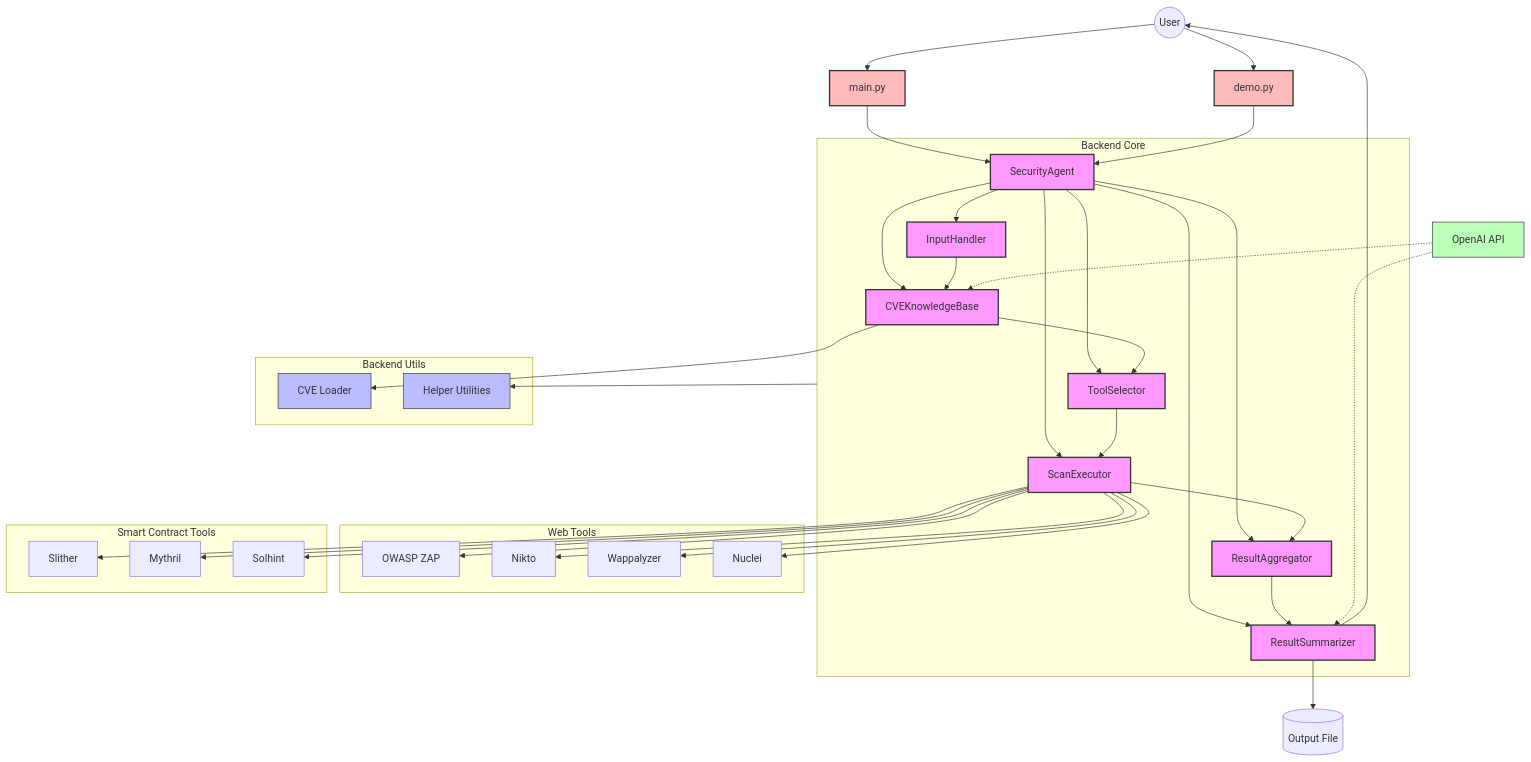
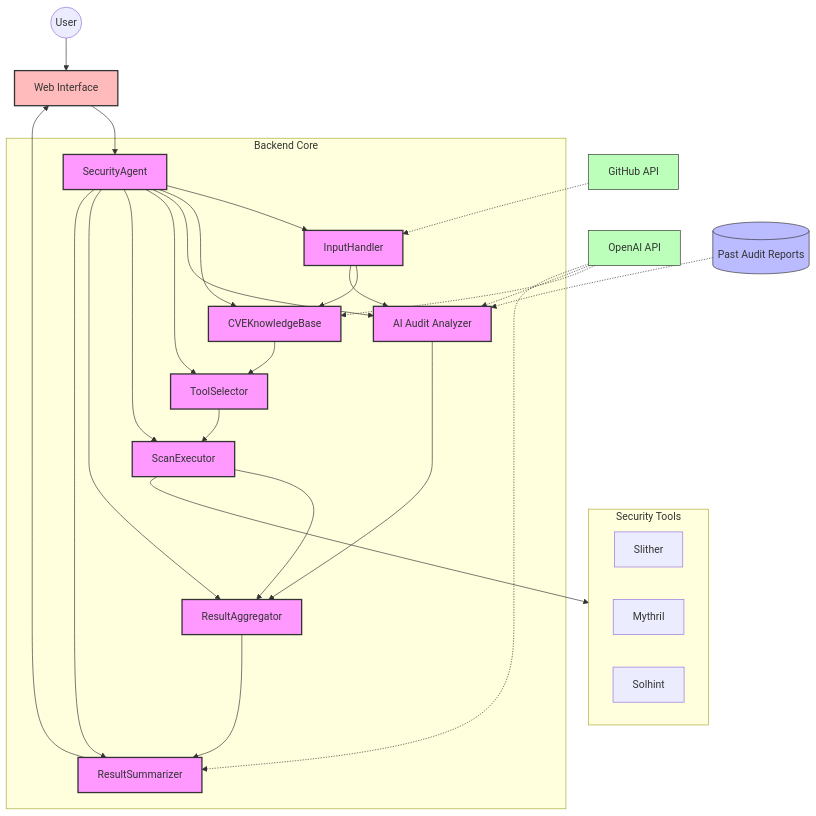
One commit to ronin207/sec-agent changed the diagram in README.md. Above: the diagram before and after it, drawn with Mermaid. The commit also changed other lines of this file, not shown here.

````diff
--- a/README.md
+++ b/README.md
@@ -45,18 +110,17 @@
 ```mermaid
 flowchart TD
     %% Entry Points
-    User((User)) --> Demo[demo.py]
-    User --> Main[main.py]
+    User((User)) --> WebInterface[Web Interface]
 
     %% Main Components
-    Main --> SecurityAgent
-    Demo --> SecurityAgent
+    WebInterface --> SecurityAgent
 
     %% Core modules
     subgraph BackendCore[Backend Core]
         SecurityAgent[SecurityAgent]
         InputHandler[InputHandler]
         CVEKnowledgeBase[CVEKnowledgeBase]
+        AIAuditAnalyzer[AI Audit Analyzer]
         ToolSelector[ToolSelector]
         ScanExecutor[ScanExecutor]
         ResultAggregator[ResultAggregator]
@@ -66,6 +130,7 @@
     %% Connections between core components
     SecurityAgent --> InputHandler
     SecurityAgent --> CVEKnowledgeBase
+    SecurityAgent --> AIAuditAnalyzer
     SecurityAgent --> ToolSelector
     SecurityAgent --> ScanExecutor
     SecurityAgent --> ResultAggregator
@@ -73,63 +138,44 @@
 
     %% Data flow
     InputHandler --> CVEKnowledgeBase
+    InputHandler --> AIAuditAnalyzer
     CVEKnowledgeBase --> ToolSelector
+    AIAuditAnalyzer --> ResultAggregator
     ToolSelector --> ScanExecutor
     ScanExecutor --> ResultAggregator
     ResultAggregator --> ResultSummarizer
 
-    %% Utilities
-    subgraph BackendUtils[Backend Utils]
-        CVELoader[CVE Loader]
-        Helpers[Helper Utilities]
-    end
-
     %% External Services
     OpenAI[OpenAI API]
+    GitHub[GitHub API]
+    AuditReports[(Past Audit Reports)]
+    
     OpenAI -.-> CVEKnowledgeBase
+    OpenAI -.-> AIAuditAnalyzer
     OpenAI -.-> ResultSummarizer
+    GitHub -.-> InputHandler
+    AuditReports -.-> AIAuditAnalyzer
 
-    %% Tool execution - simulated in demo
-    subgraph WebTools[Web Tools]
-        ZAP[OWASP ZAP]
-        Nikto[Nikto]
-        Wappalyzer[Wappalyzer]
-        Nuclei[Nuclei]
-    end
-
-    subgraph SmartContractTools[Smart Contract Tools]
+    %% Security Tools
+    subgraph SecurityTools[Security Tools]
         Slither[Slither]
         Mythril[Mythril]
         Solhint[Solhint]
     end
 
-    %% Connect executor to individual tools
-    ScanExecutor --> ZAP
-    ScanExecutor --> Nikto
-    ScanExecutor --> Wappalyzer
-    ScanExecutor --> Nuclei
-    ScanExecutor --> Slither
-    ScanExecutor --> Mythril
-    ScanExecutor --> Solhint
-
-    %% Connection to utilities
-    CVEKnowledgeBase --> CVELoader
-    BackendCore --> Helpers
+    ScanExecutor --> SecurityTools
 
     %% Result flow
-    ResultSummarizer --> User
-
-    %% Output formats
-    ResultSummarizer --> OutputFile[(Output File)]
+    ResultSummarizer --> WebInterface
 
     %% Styling
     classDef core fill:#f9f,stroke:#333,stroke-width:2px;
-    classDef utils fill:#bbf,stroke:#333,stroke-width:1px;
     classDef external fill:#bfb,stroke:#333,stroke-width:1px;
     classDef entry fill:#fbb,stroke:#333,stroke-width:2px;
+    classDef data fill:#bbf,stroke:#333,stroke-width:1px;
 
-    class SecurityAgent,InputHandler,CVEKnowledgeBase,ToolSelector,ScanExecutor,ResultAggregator,ResultSummarizer core;
-    class CVELoader,Helpers utils;
-    class OpenAI external;
-    class Demo,Main entry;
+    class SecurityAgent,InputHandler,CVEKnowledgeBase,AIAuditAnalyzer,ToolSelector,ScanExecutor,ResultAggregator,ResultSummarizer core;
+    class OpenAI,GitHub external;
+    class WebInterface entry;
+    class AuditReports data;
 ```
````
